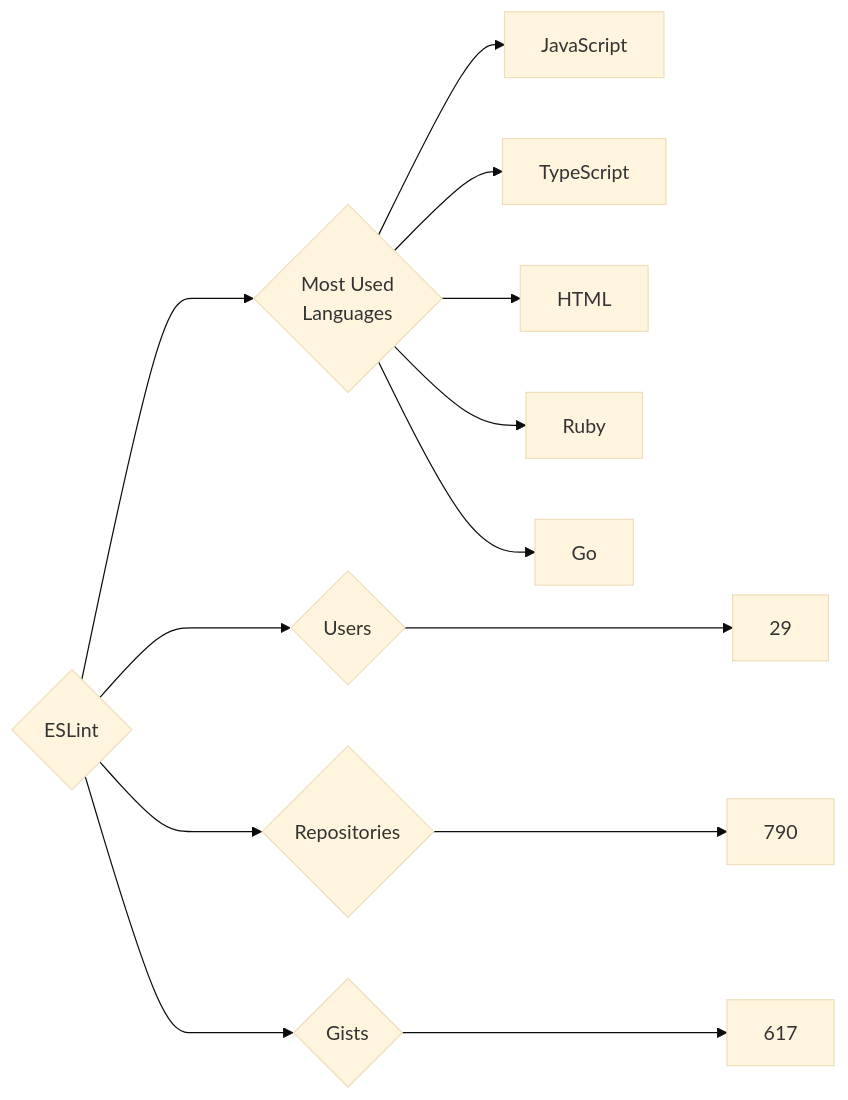
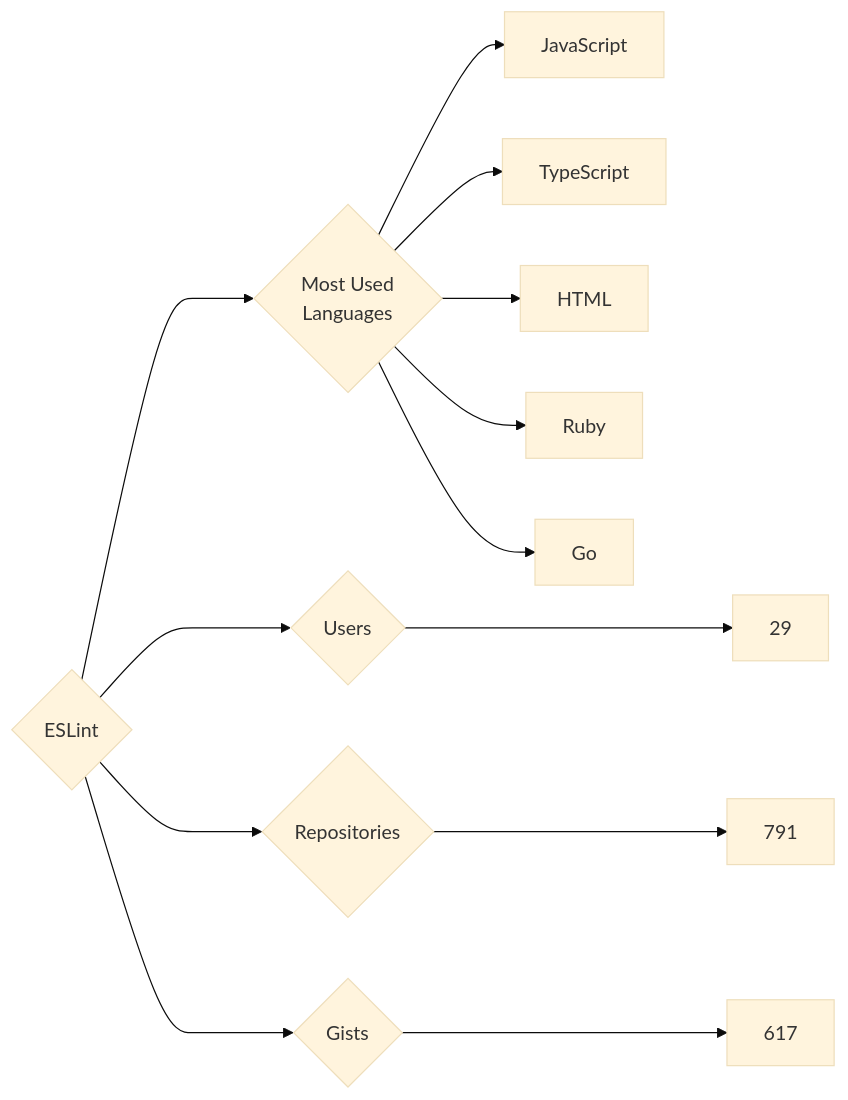
Before and after one commit to trickest/insiders: the diagram in targets/ESLint/README.md, drawn with Mermaid (base theme). The commit also changed 681 other files, not shown here.

````diff
--- a/targets/ESLint/README.md
+++ b/targets/ESLint/README.md
@@ -3,13 +3,13 @@
 ```mermaid
 graph LR
 COMPANY_NAME{ESLint}
 COMPANY_NAME ---> U{Users} ---> UN[29]
-COMPANY_NAME ---> R{Repositories} ---> RN[790]
+COMPANY_NAME ---> R{Repositories} ---> RN[791]
 COMPANY_NAME ---> G{Gists} ---> GN[617]
 COMPANY_NAME ---> ML{Most Used<br>Languages}
 ML --> JavaScript[JavaScript]
 ML --> TypeScript[TypeScript]
 ML --> HTML[HTML]
 ML --> Ruby[Ruby]
 ML --> Go[Go]
 ```
````
